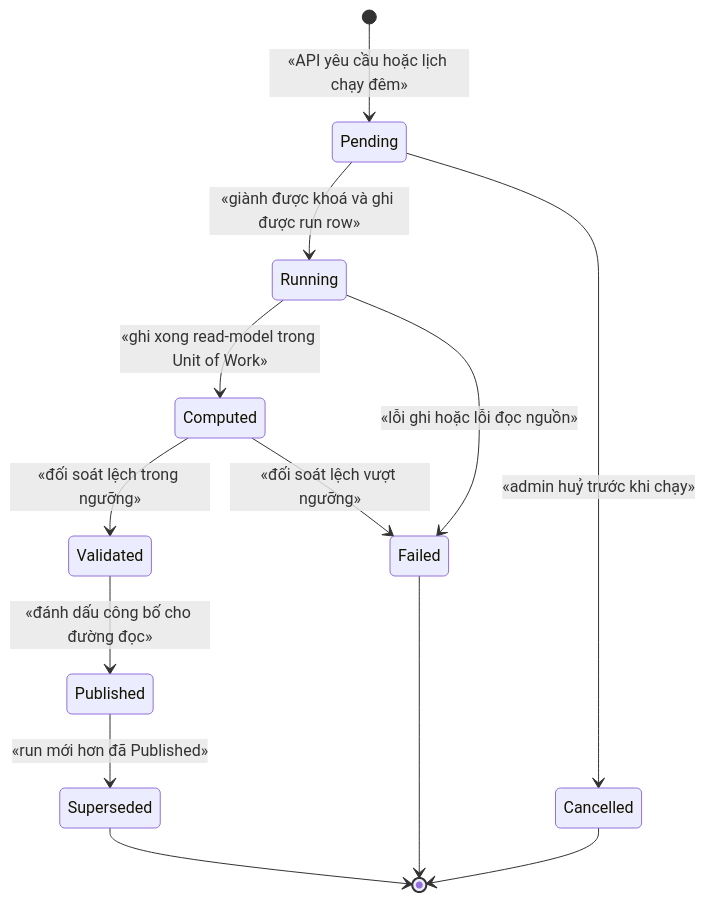
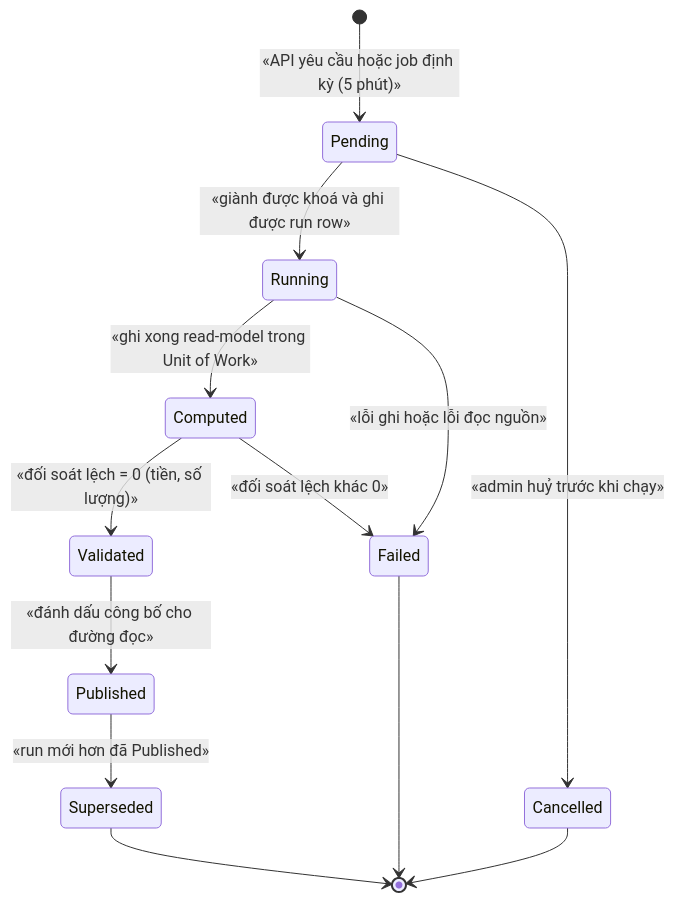
The second of 3 diagrams in docs/features/reporting/rep-003-bao-cao-ton-kho-hieu-suat-kenh.md (hungnt9801/eCommerce), drawn with Mermaid before and after one commit. The commit also changed other lines of this file and 6 other files, not shown here.

````diff
--- a/docs/features/reporting/rep-003-bao-cao-ton-kho-hieu-suat-kenh.md
+++ b/docs/features/reporting/rep-003-bao-cao-ton-kho-hieu-suat-kenh.md
@@ -138,15 +138,15 @@
 ```mermaid
 stateDiagram-v2
-    [*] --> Pending : «API yêu cầu hoặc lịch chạy đêm»
+    [*] --> Pending : «API yêu cầu hoặc job định kỳ (5 phút)»
     Pending --> Running : «giành được khoá và ghi được run row»
     Pending --> Cancelled : «admin huỷ trước khi chạy»
     Running --> Computed : «ghi xong read-model trong Unit of Work»
     Running --> Failed : «lỗi ghi hoặc lỗi đọc nguồn»
-    Computed --> Validated : «đối soát lệch trong ngưỡng»
-    Computed --> Failed : «đối soát lệch vượt ngưỡng»
+    Computed --> Validated : «đối soát lệch = 0 (tiền, số lượng)»
+    Computed --> Failed : «đối soát lệch khác 0»
     Validated --> Published : «đánh dấu công bố cho đường đọc»
     Published --> Superseded : «run mới hơn đã Published»
     Failed --> [*]
     Cancelled --> [*]
     Superseded --> [*]
 ```
````
